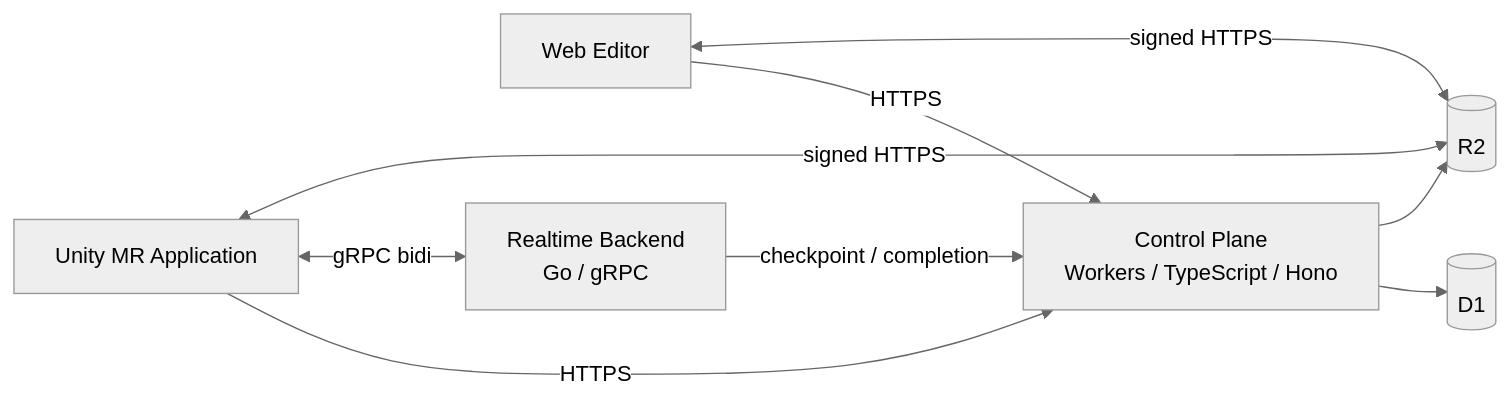
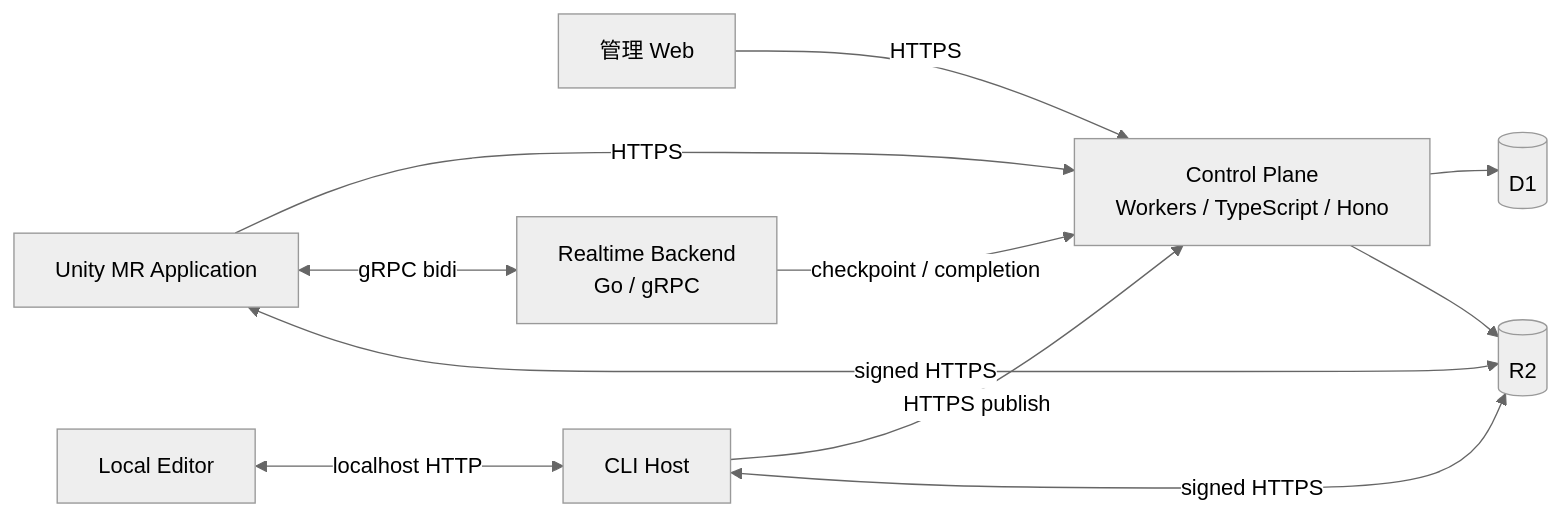
The diagram in ARCHITECTURE.md (unframe-dev/unframe), drawn with Mermaid (neutral theme) before and after one commit. The commit also changed other lines of this file and 111 other files, not shown here.

````diff
--- a/ARCHITECTURE.md
+++ b/ARCHITECTURE.md
@@ -9,11 +9,13 @@
 ```mermaid
 flowchart LR
-  Web["Web Editor"] -->|HTTPS| CP["Control Plane\nWorkers / TypeScript / Hono"]
+  Web["管理 Web"] -->|HTTPS| CP["Control Plane\nWorkers / TypeScript / Hono"]
   Unity["Unity MR Application"] -->|HTTPS| CP
   Unity <-->|gRPC bidi| RT["Realtime Backend\nGo / gRPC"]
   CP --> D1[(D1)]
   CP --> R2[(R2)]
-  Web <-->|signed HTTPS| R2
+  Editor["Local Editor"] <-->|localhost HTTP| CLI["CLI Host"]
+  CLI -->|HTTPS publish| CP
+  CLI <-->|signed HTTPS| R2
   Unity <-->|signed HTTPS| R2
   RT -->|checkpoint / completion| CP
 ```
````
